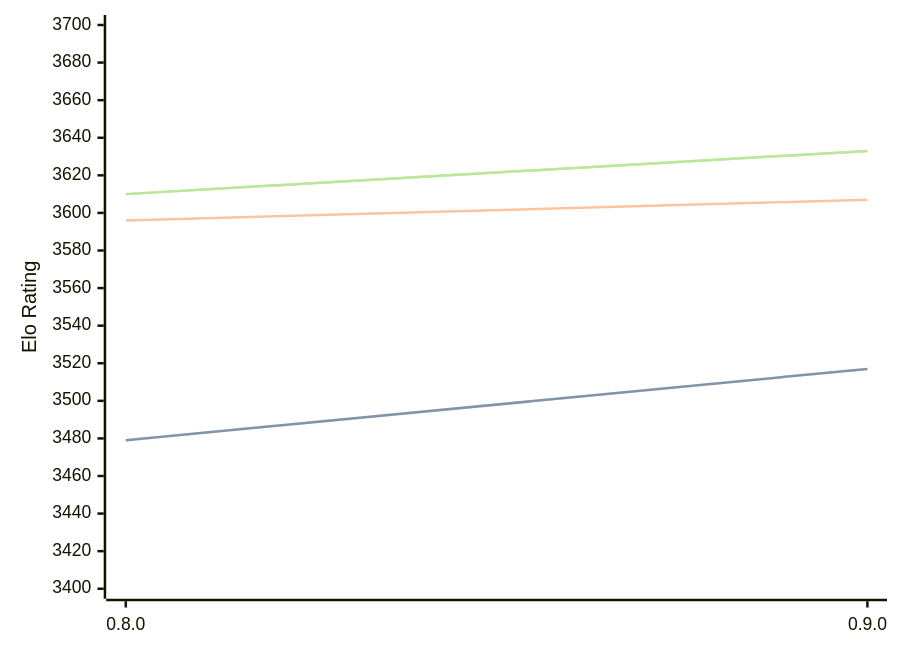
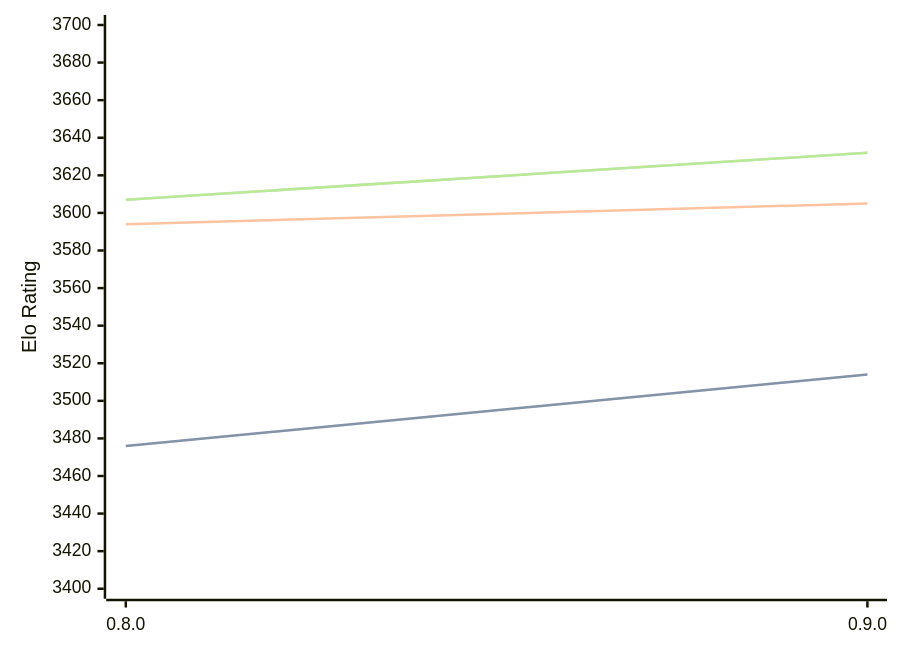
One commit to computer-chess-index/cci changed the diagram in engines/Reckless.md. Above: the diagram before and after it, drawn with Mermaid. The commit also changed other lines of this file, not shown here.

Commit message:
Update CCI Ratings (ELO VLTC) - 2026-04-23

````diff
--- a/engines/Reckless.md
+++ b/engines/Reckless.md
@@ -39,11 +39,11 @@
 ```mermaid
 %%{init: {"theme":"base","themeVariables":{"seriesColors:['#a3a3a3','#222221','#faa371']}}}%%
 xychart-beta
   x-axis ["0.8.0", "0.9.0"]
   y-axis "Elo Rating" 3400 --> 3700
-  line "STC (8.0+0.08s)" [3479, 3517]
-  line "STC (8.0+0.08s)" [3479, 3517]
-  line "LTC (60.0+0.60s)" [3596, 3607]
-  line "VLTC (2m24s+1.12s)" [3610, 3633]
-  line "VLTC (2m24s+1.12s)" [3610, 3633]
+  line "STC (8.0+0.08s)" [3476, 3514]
+  line "STC (8.0+0.08s)" [3476, 3514]
+  line "LTC (60.0+0.60s)" [3594, 3605]
+  line "VLTC (2m24s+1.12s)" [3607, 3632]
+  line "VLTC (2m24s+1.12s)" [3607, 3632]
 ```
````
